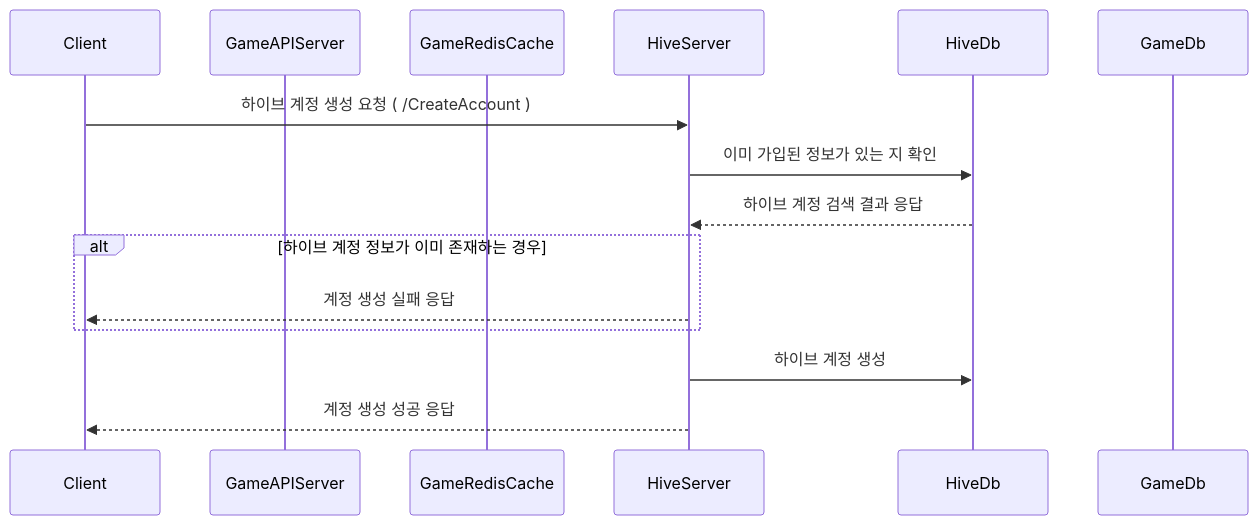
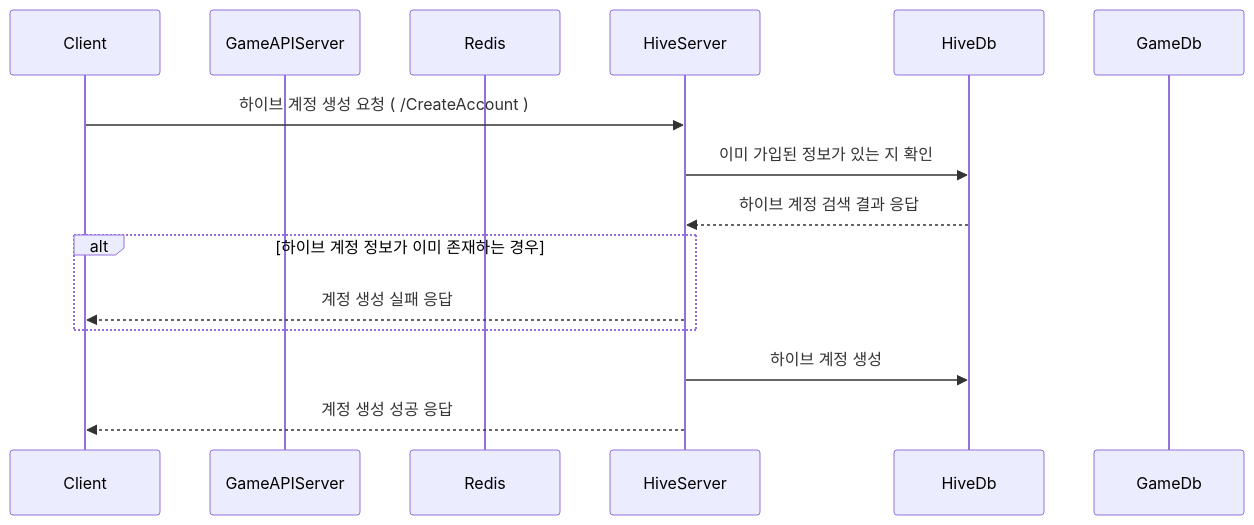
The first of 2 diagrams in SequenceDiagram.md (ks-wook/com2us_omok_server), drawn with Mermaid before and after one commit. The commit also changed other lines of this file, not shown here.

````diff
--- a/SequenceDiagram.md
+++ b/SequenceDiagram.md
@@ -3,22 +3,22 @@
 ```mermaid
 sequenceDiagram
     
     participant Client
     participant GameAPIServer
-    participant GameRedisCache
+    participant Redis
     participant HiveServer
     participant HiveDb
     participant GameDb
 
 
     Client             ->> HiveServer:        하이브 계정 생성 요청 ( /CreateAccount )
     HiveServer         ->> HiveDb:            이미 가입된 정보가 있는 지 확인
     HiveDb            -->> HiveServer:        하이브 계정 검색 결과 응답
     alt 하이브 계정 정보가 이미 존재하는 경우
         HiveServer    -->> Client:            계정 생성 실패 응답
     end
 
     HiveServer         ->> HiveDb:            하이브 계정 생성
     HiveServer        -->> Client:            계정 생성 성공 응답
 
 ```
````
